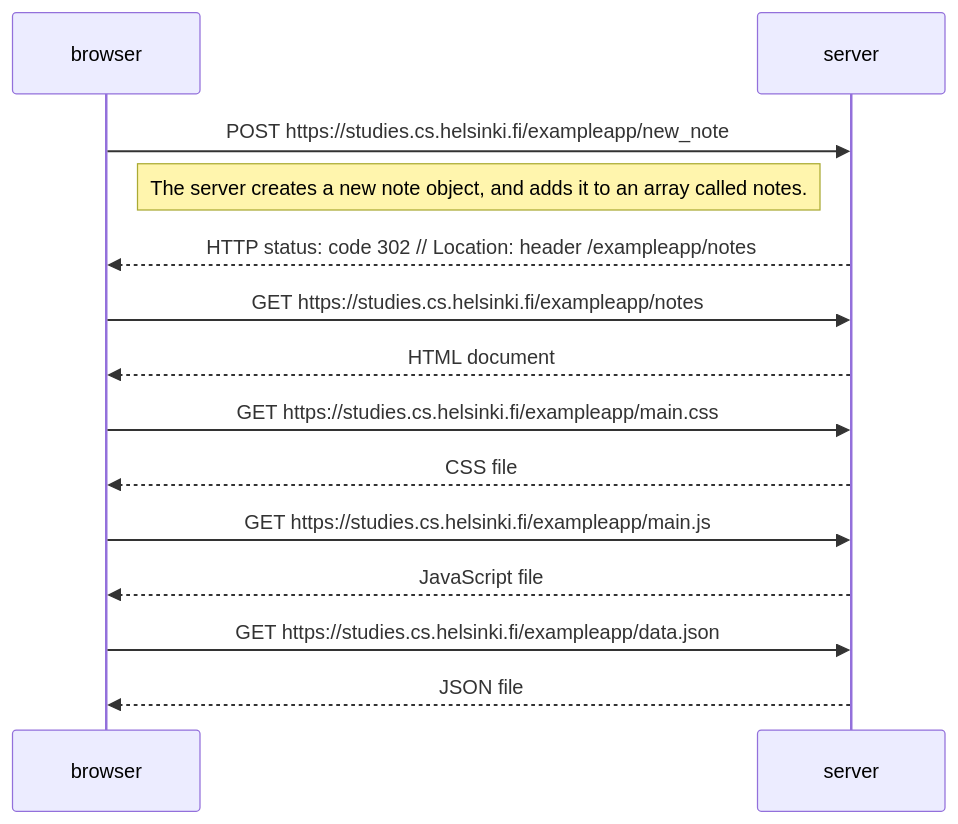
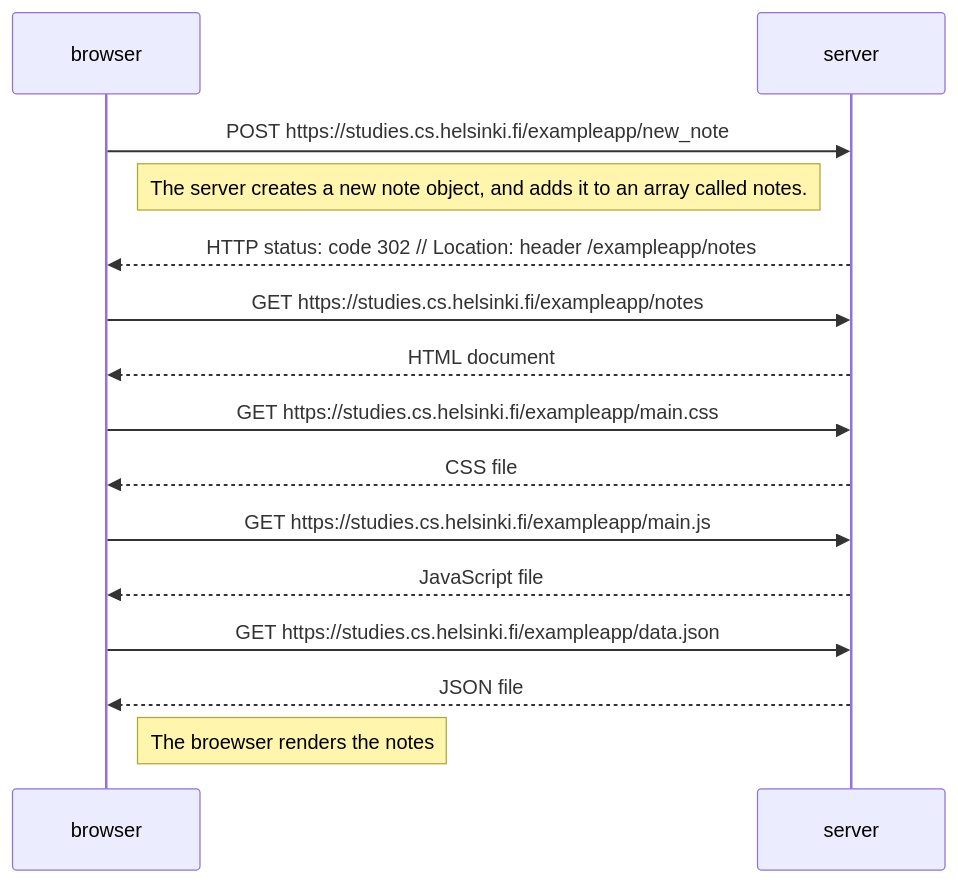
Before and after one commit to carperca23/0: the diagram in 0.4:_New_note_diagram.md, drawn with Mermaid.

````diff
--- a/0.4:_New_note_diagram.md
+++ b/0.4:_New_note_diagram.md
@@ -1,15 +1,16 @@
 ```mermaid
 sequenceDiagram
   browser ->> server: POST https://studies.cs.helsinki.fi/exampleapp/new_note
   Note right of browser: The server creates a new note object, and adds it to an array called notes.
   server -->> browser: HTTP status: code 302 // Location: header /exampleapp/notes
   browser ->> server: GET https://studies.cs.helsinki.fi/exampleapp/notes
   server -->> browser: HTML document
   browser ->> server: GET https://studies.cs.helsinki.fi/exampleapp/main.css
   server -->> browser: CSS file
   browser ->> server: GET https://studies.cs.helsinki.fi/exampleapp/main.js
   server -->> browser: JavaScript file
   browser ->> server: GET https://studies.cs.helsinki.fi/exampleapp/data.json
   server -->> browser: JSON file
+  Note right of browser: The broewser renders the notes
 
 ```
````
